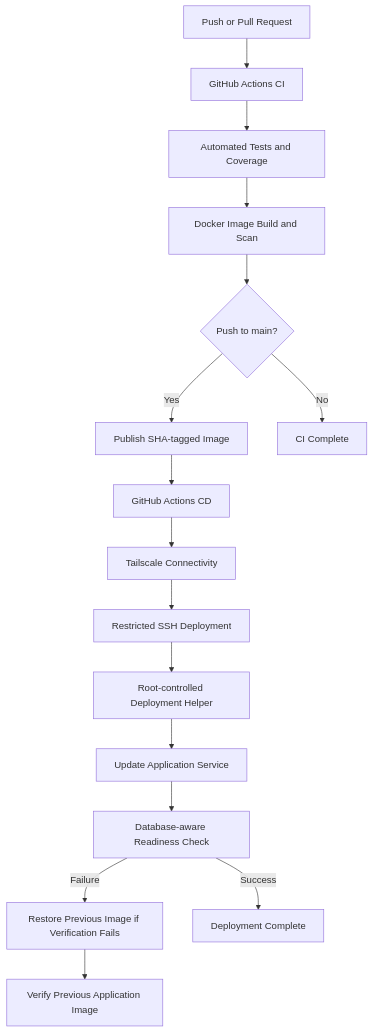
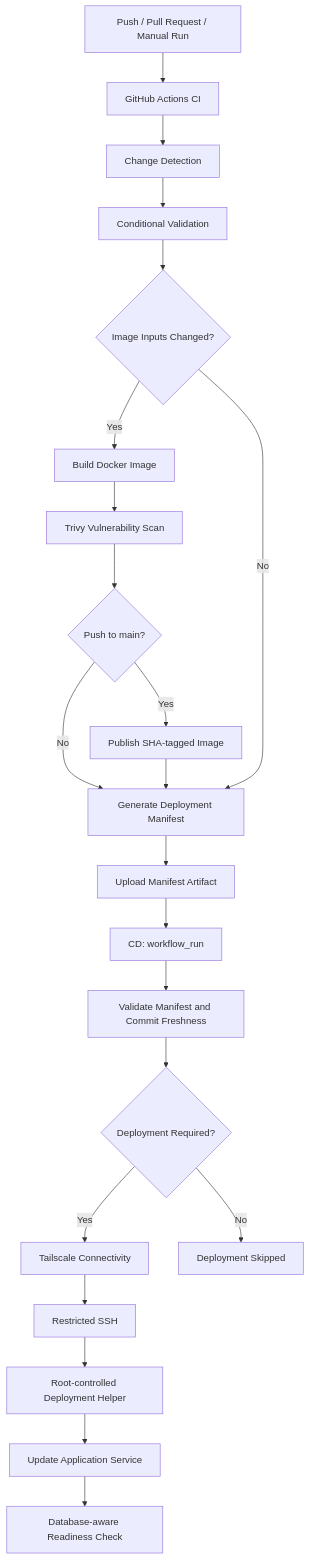
The second of 2 diagrams in README.md (SufiyanKhanCloud/homelab-devops-labs), drawn with Mermaid before and after one commit. The commit also changed other lines of this file, not shown here.

Commit message:
Revise CI/CD documentation and flowchart

````diff
--- a/README.md
+++ b/README.md
@@ -61,32 +61,50 @@
 ```mermaid
 flowchart TD
-    Event["Push or Pull Request"]
+    Event["Push / Pull Request / Manual Run"]
     CI["GitHub Actions CI"]
-    Tests["Automated Tests and Coverage"]
-    Build["Docker Image Build and Scan"]
-    Main{"Push to main?"}
-    Publish["Publish SHA-tagged Image"]
-    CD["GitHub Actions CD"]
-    VPN["Tailscale Connectivity"]
-    SSH["Restricted SSH Deployment"]
+    Detect["Change Detection"]
+    Validate["Conditional Validation"]
+
+    Image{"Image Inputs Changed?"}
+    Build["Build Docker Image"]
+    Scan["Trivy Vulnerability Scan"]
+    Publish{"Push to main?"}
+    Registry["Publish SHA-tagged Image"]
+
+    Manifest["Generate Deployment Manifest"]
+    Artifact["Upload Manifest Artifact"]
+    CD["CD: workflow_run"]
+    Check["Validate Manifest and Commit Freshness"]
+    Required{"Deployment Required?"}
+
+    Tailscale["Tailscale Connectivity"]
+    SSH["Restricted SSH"]
     Helper["Root-controlled Deployment Helper"]
     Deploy["Update Application Service"]
     Ready["Database-aware Readiness Check"]
-    Rollback["Restore Previous Image if Verification Fails"]
 
     Event --> CI
-    CI --> Tests
-    Tests --> Build
-    Build --> Main
-    Main -->|No| End["CI Complete"]
-    Main -->|Yes| Publish
-    Publish --> CD
-    CD --> VPN
-    VPN --> SSH
+    CI --> Detect
+    Detect --> Validate
+    Validate --> Image
+
+    Image -->|Yes| Build
+    Build --> Scan
+    Scan --> Publish
+    Publish -->|Yes| Registry
+    Publish -->|No| Manifest
+    Registry --> Manifest
+
+    Image -->|No| Manifest
+    Manifest --> Artifact
+    Artifact --> CD
+    CD --> Check
+    Check --> Required
+
+    Required -->|No| Skip["Deployment Skipped"]
+    Required -->|Yes| Tailscale
+    Tailscale --> SSH
     SSH --> Helper
     Helper --> Deploy
     Deploy --> Ready
-    Ready -->|Success| Success["Deployment Complete"]
-    Ready -->|Failure| Rollback
-    Rollback --> Recovery["Verify Previous Application Image"]
 ```
````
